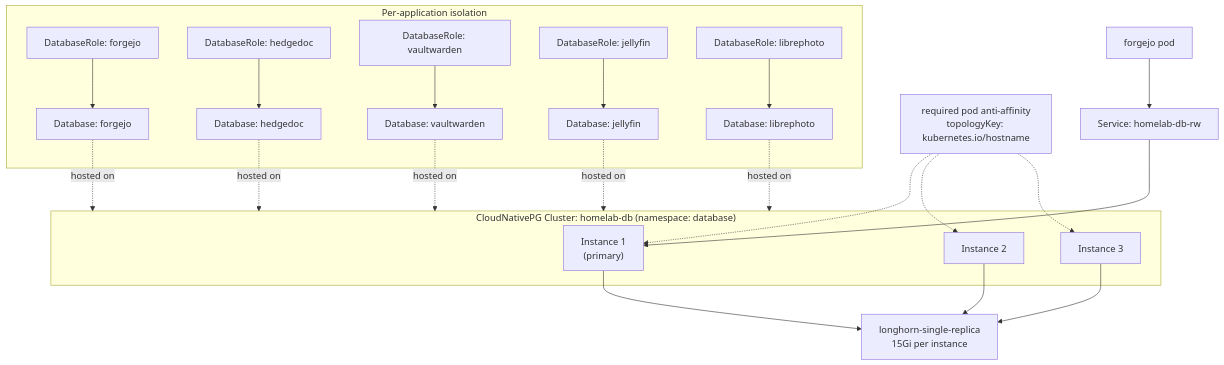
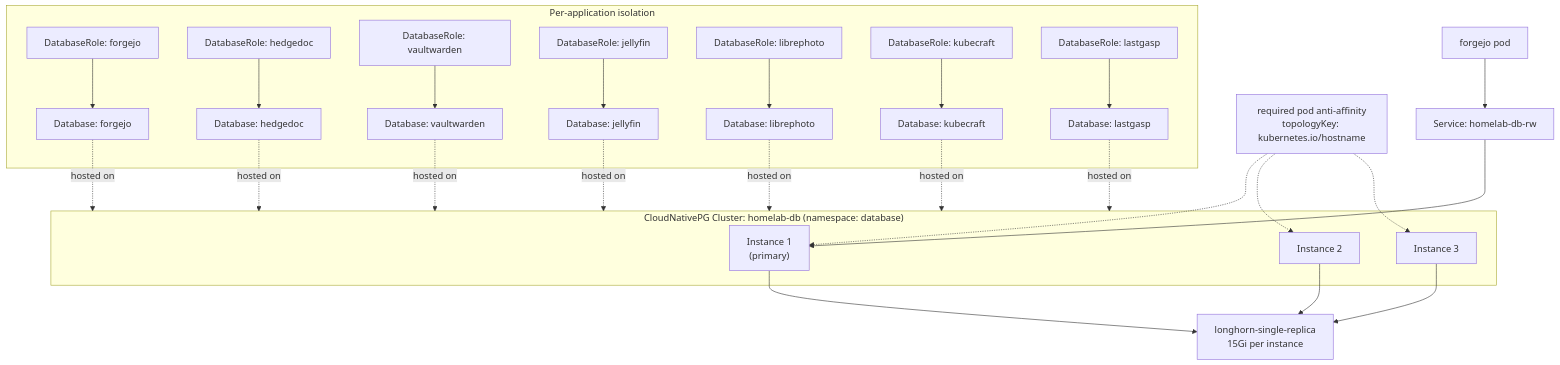
One commit to filippo-ferrando/k3s-homelab changed the fifth of 6 diagrams in README.md. Above: the diagram before and after it, drawn with Mermaid. The commit also changed other lines of this file and 36 other files, not shown here.

````diff
--- a/README.md
+++ b/README.md
@@ -253,27 +270,29 @@
 ```mermaid
 flowchart TB
     subgraph CNPGCluster["CloudNativePG Cluster: homelab-db (namespace: database)"]
         P1["Instance 1\n(primary)"]
         P2["Instance 2"]
         P3["Instance 3"]
     end
 
     Storage["longhorn-single-replica\n15Gi per instance"]
     AntiAffinity["required pod anti-affinity\ntopologyKey: kubernetes.io/hostname"]
 
     P1 & P2 & P3 --> Storage
     AntiAffinity -.-> P1 & P2 & P3
 
     RWSvc["Service: homelab-db-rw"] --> P1
 
     subgraph PerApp["Per-application isolation"]
         Role1["DatabaseRole: forgejo"] --> DB1["Database: forgejo"]
         Role2["DatabaseRole: hedgedoc"] --> DB2["Database: hedgedoc"]
         Role3["DatabaseRole: vaultwarden"] --> DB3["Database: vaultwarden"]
         Role4["DatabaseRole: jellyfin"] --> DB4["Database: jellyfin"]
         Role5["DatabaseRole: librephoto"] --> DB5["Database: librephoto"]
+        Role6["DatabaseRole: kubecraft"] --> DB6["Database: kubecraft"]
+        Role7["DatabaseRole: lastgasp"] --> DB7["Database: lastgasp"]
     end
 
-    DB1 & DB2 & DB3 & DB4 & DB5 -.->|hosted on| CNPGCluster
+    DB1 & DB2 & DB3 & DB4 & DB5 & DB6 & DB7 -.->|hosted on| CNPGCluster
     App1[forgejo pod] --> RWSvc
 ```
````
